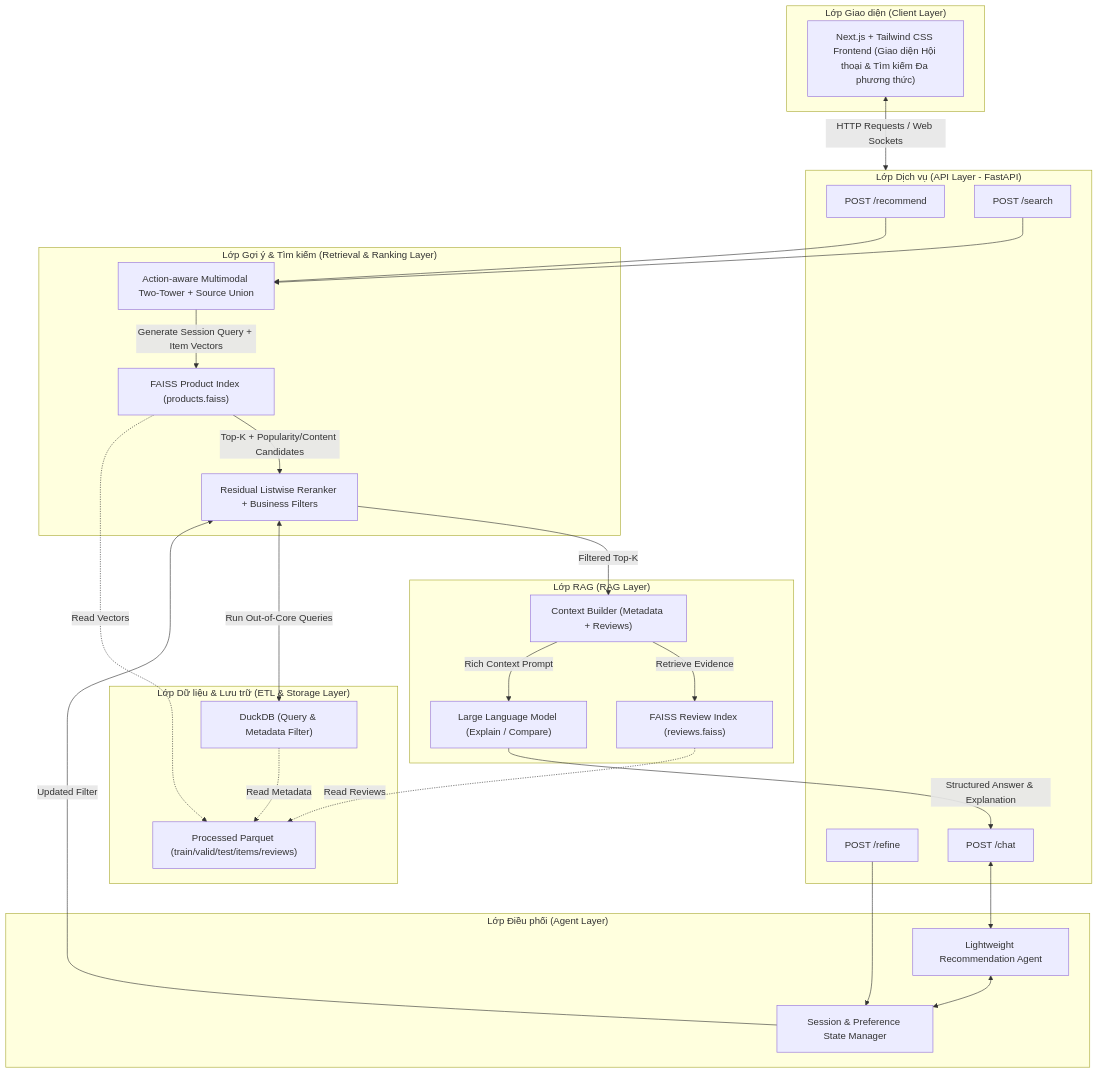
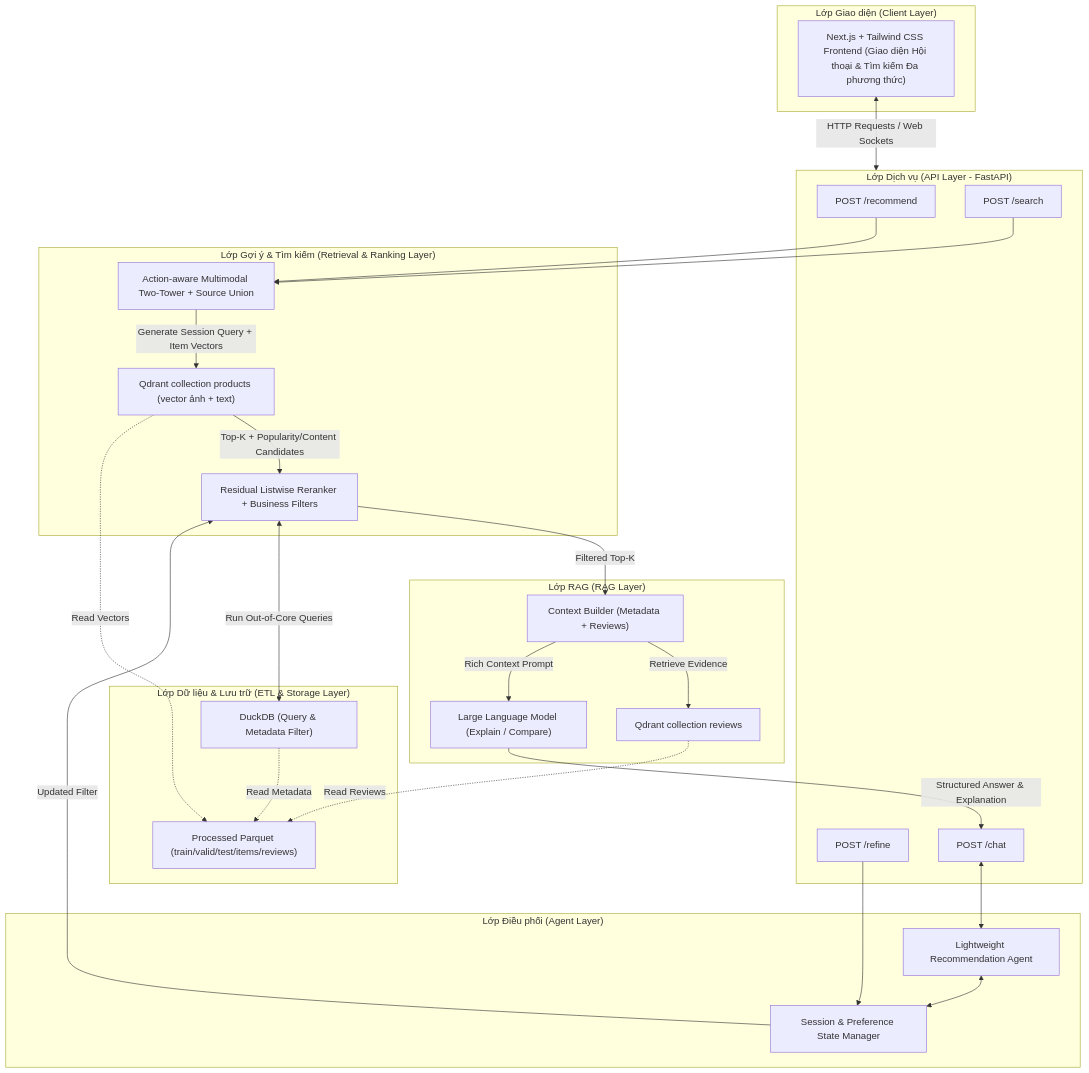
Before and after one commit to NguyenVanTien204/Multimodal-Product-Recommendation-System: the diagram in AGENT.md, drawn with Mermaid. The commit also changed other lines of this file and 71 other files, not shown here.

````diff
--- a/AGENT.md
+++ b/AGENT.md
@@ -11,68 +11,68 @@
 ```mermaid
 graph TD
     %% Client Layer
     subgraph Client ["Lớp Giao diện (Client Layer)"]
         UI["Next.js + Tailwind CSS Frontend (Giao diện Hội thoại & Tìm kiếm Đa phương thức)"]
     end
 
     %% API Layer
     subgraph API ["Lớp Dịch vụ (API Layer - FastAPI)"]
         EndRecommend["POST /recommend"]
         EndSearch["POST /search"]
         EndRefine["POST /refine"]
         EndChat["POST /chat"]
     end
 
     %% Orchestrator Agent
     subgraph AgentSpace ["Lớp Điều phối (Agent Layer)"]
         Agent["Lightweight Recommendation Agent"]
         SessionMgr["Session & Preference State Manager"]
     end
 
     %% Core Recommend Engine
     subgraph RecEngine ["Lớp Gợi ý & Tìm kiếm (Retrieval & Ranking Layer)"]
         Fusion["Action-aware Multimodal Two-Tower + Source Union"]
-        FaissItem["FAISS Product Index (products.faiss)"]
+        FaissItem["Qdrant collection products (vector ảnh + text)"]
         Reranker["Residual Listwise Reranker + Business Filters"]
     end
 
     %% RAG Engine
     subgraph RAGEngine ["Lớp RAG (RAG Layer)"]
-        FaissReview["FAISS Review Index (reviews.faiss)"]
+        FaissReview["Qdrant collection reviews"]
         ContextBuilder["Context Builder (Metadata + Reviews)"]
         LLM["Large Language Model (Explain / Compare)"]
     end
 
     %% ETL & Storage
     subgraph Storage ["Lớp Dữ liệu & Lưu trữ (ETL & Storage Layer)"]
         ParquetData["Processed Parquet (train/valid/test/items/reviews)"]
         DuckDB["DuckDB (Query & Metadata Filter)"]
     end
 
     %% Connections
     UI <--> |HTTP Requests / Web Sockets| API
     EndChat <--> Agent
     Agent <--> SessionMgr
     
     %% API connections to core engines
     EndRecommend --> Fusion
     EndSearch --> Fusion
     EndRefine --> SessionMgr
     
     %% Retrieval flow
     SessionMgr --> |Updated Filter| Reranker
     Fusion --> |Generate Session Query + Item Vectors| FaissItem
     FaissItem --> |Top-K + Popularity/Content Candidates| Reranker
     Reranker --> |Filtered Top-K| ContextBuilder
     
     %% RAG Flow
     ContextBuilder --> |Retrieve Evidence| FaissReview
     ContextBuilder --> |Rich Context Prompt| LLM
     LLM --> |Structured Answer & Explanation| EndChat
     
     %% Storage connections
     FaissItem -.-> |Read Vectors| ParquetData
     FaissReview -.-> |Read Reviews| ParquetData
     Reranker <--> |Run Out-of-Core Queries| DuckDB
     DuckDB -.-> |Read Metadata| ParquetData
 ```
````
